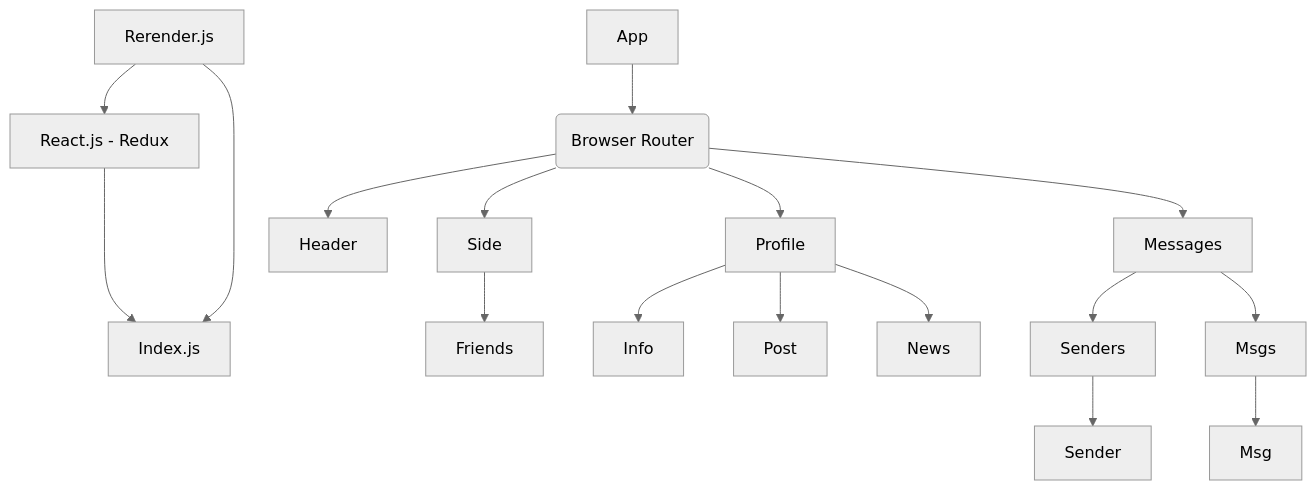
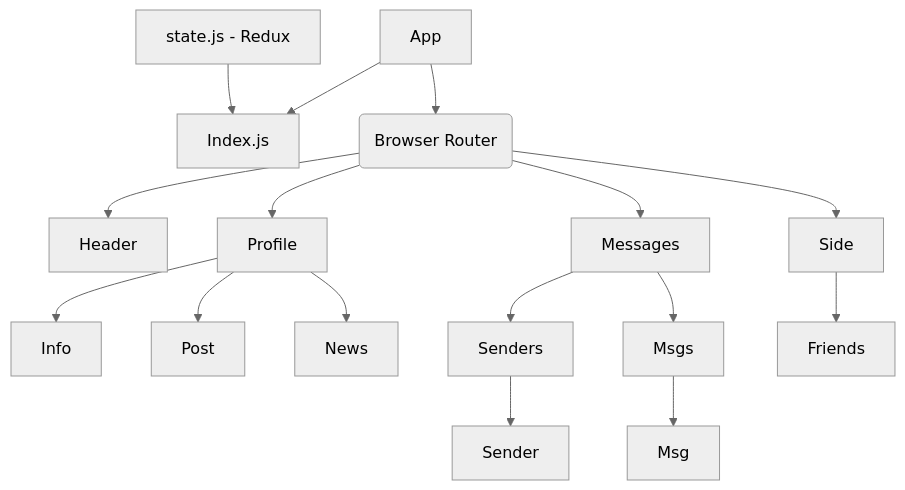
The diagram in my-app/README.md (anna1luna/react_redux), drawn with Mermaid (neutral theme) before and after one commit. The commit also changed 3 other files, not shown here.

````diff
--- a/my-app/README.md
+++ b/my-app/README.md
@@ -1,20 +1,19 @@
 ```mermaid
 flowchart TD;
-01--->0[Index.js]
-    00[Rerender.js]
-    00--> 01[React.js - Redux]
-    00-->0
+00[state.js - Redux]
+    00-->0[Index.js]
+    A[App] -->0
 A[App] -->B(Browser Router);
 B --> D[Header];
 B -->E[Side];
 B -->F[Profile];
 B -->G[Messages];
 F -->F1[Info];
 F -->F2[Post];
 F -->F3[News];
 G -->G1[Senders];
 G -->G2[Msgs];
 G1-->G1_1[Sender];
 G2-->G2_2[Msg];
 E -->E1[Friends]
 ```
````
